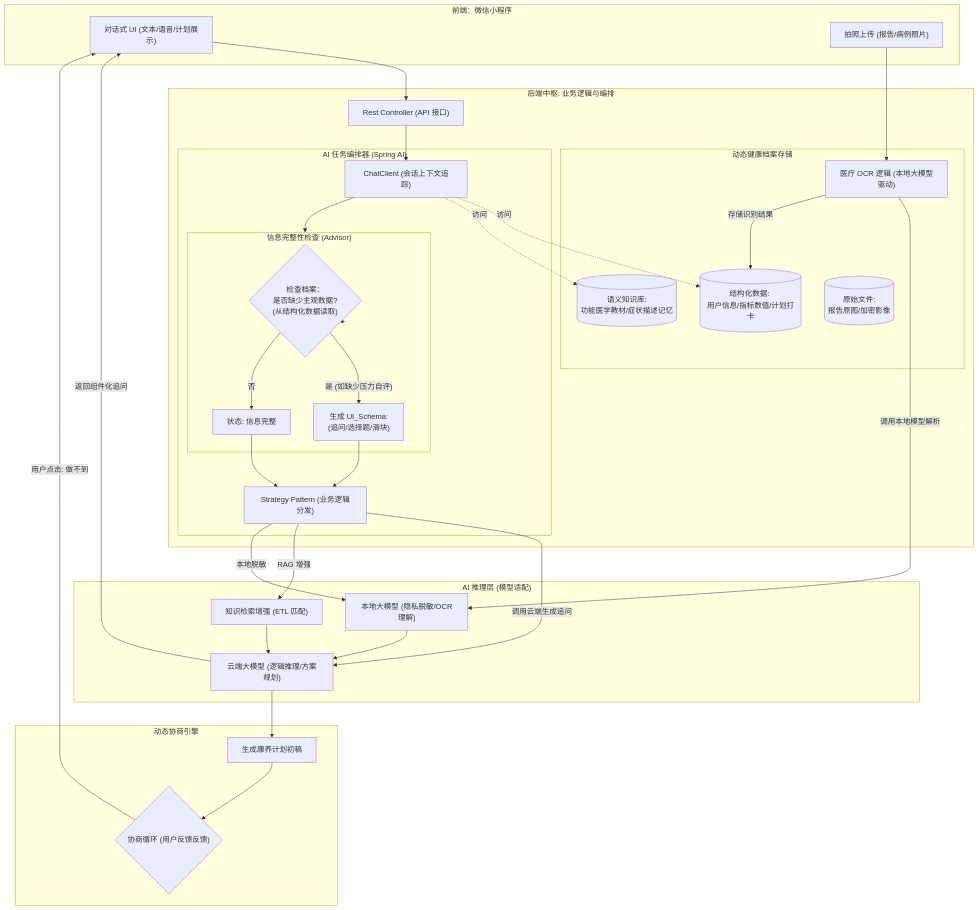
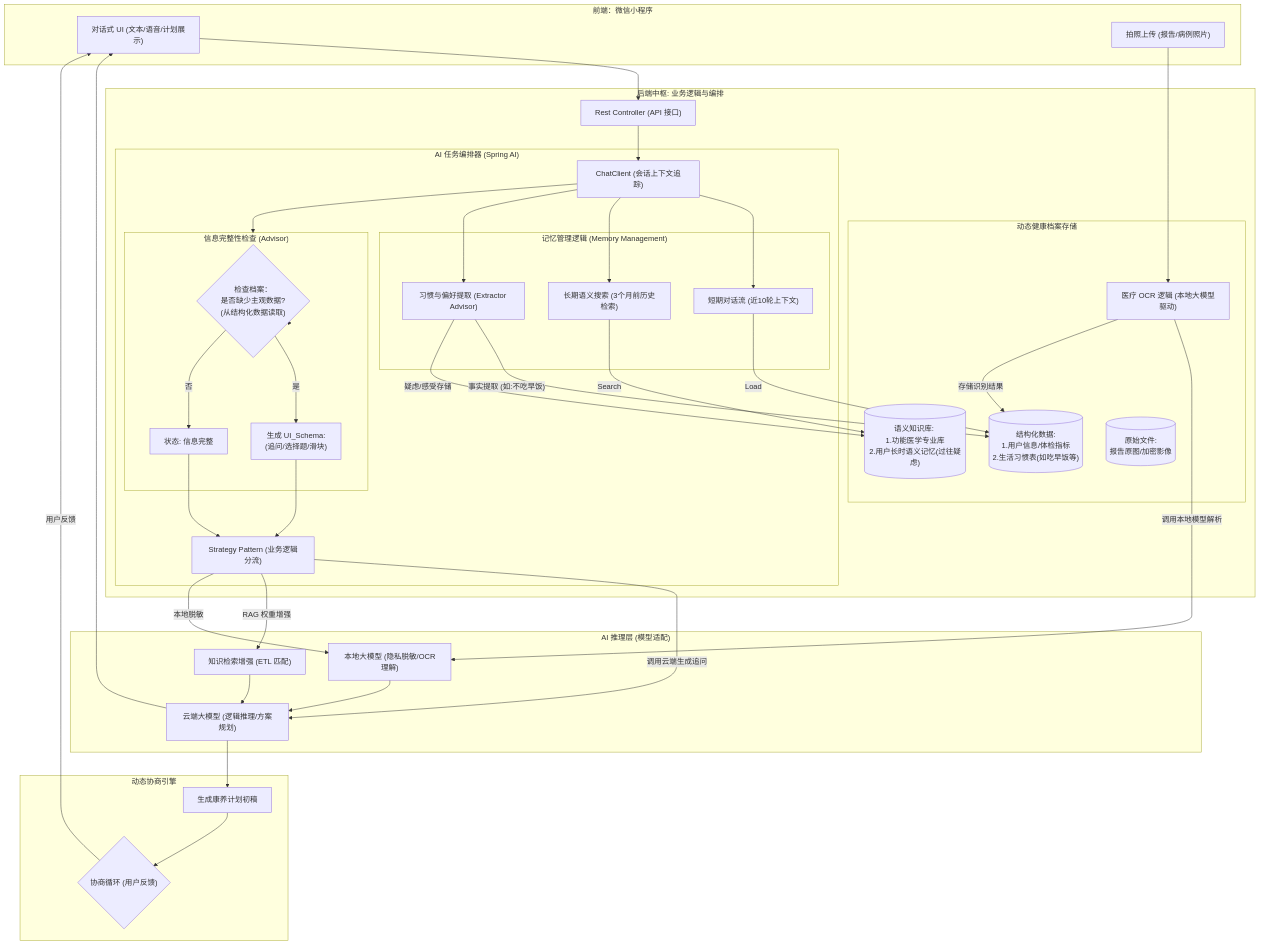
One commit to liyang1981969/test changed the diagram in structure.md. Above: the diagram before and after it, drawn with Mermaid.

````diff
--- a/structure.md
+++ b/structure.md
@@ -10,24 +10,30 @@
     subgraph Backend ["后端中枢: 业务逻辑与编排"]
         Gate["Rest Controller (API 接口)"]
         
-        %% Orchestrator
+        %% Orchestrator 内部逻辑细化
         subgraph Orchestrator ["AI 任务编排器 (Spring AI)"]
             ChatClient["ChatClient (会话上下文追踪)"]
             
+            subgraph MemoryManager ["记忆管理逻辑 (Memory Management)"]
+                History["短期对话流 (近10轮上下文)"]
+                ContextExtractor["习惯与偏好提取 (Extractor Advisor)"]
+                LongTermSearch["长期语义搜索 (3个月前历史检索)"]
+            end
+
             subgraph InfoCheck ["信息完整性检查 (Advisor)"]
                 CheckLogic{"检查档案：<br/>是否缺少主观数据?<br/>(从结构化数据读取)"}
                 AwaitingInput["生成 UI_Schema:<br/>(追问/选择题/滑块)"]
                 InformationComplete["状态: 信息完整"]
             end
             
-            Strategy["Strategy Pattern (业务逻辑分发)"]
+            Strategy["Strategy Pattern (业务逻辑分流)"]
         end
 
-        %% 存储层 (去技术名，强调内容)
+        %% 存储层 (内容驱动)
         subgraph Storage ["动态健康档案存储"]
             OCR_Tool["医疗 OCR 逻辑 (本地大模型驱动)"]
-            StructuredDB[("结构化数据: <br/>用户信息/指标数值/计划打卡")]
-            VectorDB[("语义知识库: <br/>功能医学教材/症状描述记忆")]
+            StructuredDB[("结构化数据: <br/>1.用户信息/体检指标<br/>2.生活习惯表(如吃早饭等)")]
+            VectorDB[("语义知识库: <br/>1.功能医学专业库<br/>2.用户长时语义记忆(过往疑虑)")]
             FileStore[("原始文件: <br/>报告原图/加密影像")]
         end
     end
@@ -42,40 +48,45 @@
     %% 4. 落地协商层
     subgraph Negotiation ["动态协商引擎"]
         DraftPlan["生成康养计划初稿"]
-        Loop{"协商循环 (用户反馈反馈)"}
+        Loop{"协商循环 (用户反馈)"}
     end
 
-    %% 逻辑流转
+    %% 逻辑流转 (带记忆加载与提取)
     UI --> Gate
     Cam --> OCR_Tool
     OCR_Tool -- "调用本地模型解析" --> LocalModel
     OCR_Tool -- "存储识别结果" --> StructuredDB
     Gate --> ChatClient
     
-    %% 档案汇聚
-    ChatClient -. 访问 .-> StructuredDB
-    ChatClient -. 访问 .-> VectorDB
+    %% 记忆加载流
+    ChatClient --> History -- "Load" --> StructuredDB
+    ChatClient --> LongTermSearch -- "Search" --> VectorDB
     
+    %% 记忆提取流 (异步更新)
+    ChatClient --> ContextExtractor
+    ContextExtractor -- "事实提取 (如:不吃早饭)" --> StructuredDB
+    ContextExtractor -- "疑虑/感受存储" --> VectorDB
+
     %% 信息检查环节
     ChatClient --> InfoCheck
     InfoCheck --> CheckLogic
     
     %% 分支 A: 信息缺失
-    CheckLogic -- "是 (如缺少压力自评)" --> AwaitingInput
+    CheckLogic -- "是" --> AwaitingInput
     AwaitingInput --> Strategy
     Strategy -- "调用云端生成追问" --> CloudModel
-    CloudModel -- "返回组件化追问" --> UI
+    CloudModel --> UI
     
     %% 分支 B: 信息完整
     CheckLogic -- "否" --> InformationComplete
     InformationComplete --> Strategy
-    Strategy -- "RAG 增强" --> RAG
+    Strategy -- "RAG 权重增强" --> RAG
     Strategy -- "本地脱敏" --> LocalModel
     
-    %% 最终生成
+    %% 生成计划
     RAG --> CloudModel
     LocalModel --> CloudModel
     CloudModel --> DraftPlan
     DraftPlan --> Loop
-    Loop -- "用户点击: 做不到" --> UI
+    Loop -- "用户反馈" --> UI
 ```
````
